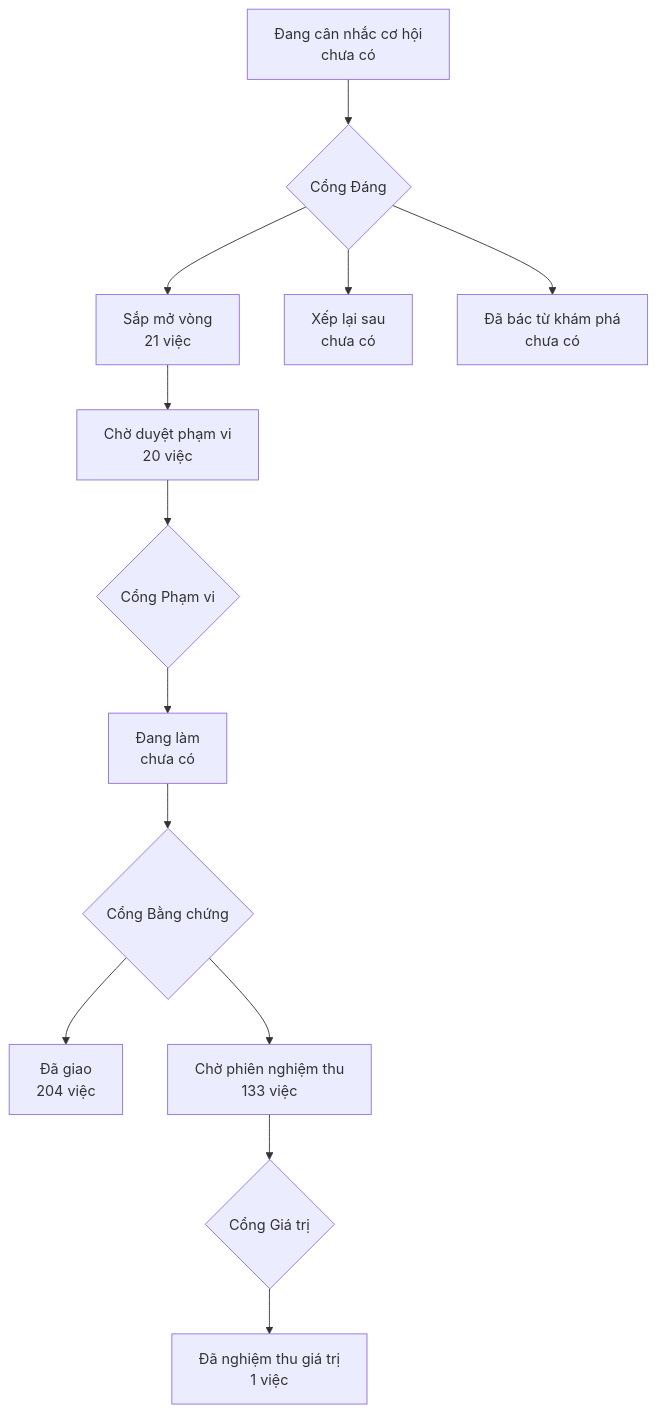
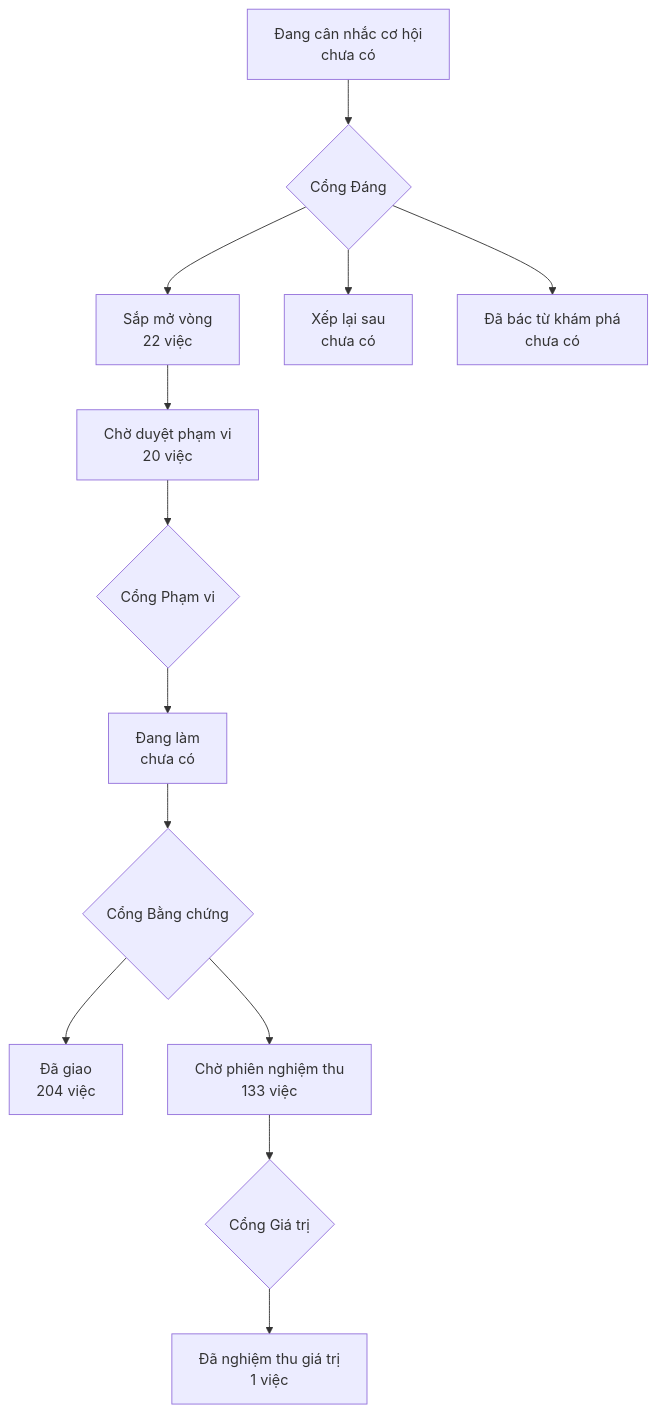
Before and after one commit to phanlemanh/onehub-invest: the diagram in PRODUCT-MAP.md, drawn with Mermaid. The commit also changed other lines of this file and 1 other file, not shown here.

Commit message:
docs(acceptance): ghep-tin-vao-danh-muc — sinh lại product map sau khi nhận main

````diff
--- a/PRODUCT-MAP.md
+++ b/PRODUCT-MAP.md
@@ -7,12 +7,12 @@
 ```mermaid
 flowchart TD
   A["Đang cân nhắc cơ hội<br/>chưa có"] --> GD{"Cổng Đáng"}
-  GD --> B["Sắp mở vòng<br/>21 việc"]
+  GD --> B["Sắp mở vòng<br/>22 việc"]
   GD --> XL["Xếp lại sau<br/>chưa có"]
   GD --> DB["Đã bác từ khám phá<br/>chưa có"]
   B --> CD["Chờ duyệt phạm vi<br/>20 việc"] --> GP{"Cổng Phạm vi"}
   GP --> DL["Đang làm<br/>chưa có"] --> GB{"Cổng Bằng chứng"}
   GB --> DG["Đã giao<br/>204 việc"]
   GB --> CN["Chờ phiên nghiệm thu<br/>133 việc"] --> GG{"Cổng Giá trị"}
   GG --> NT["Đã nghiệm thu giá trị<br/>1 việc"]
 ```
````
